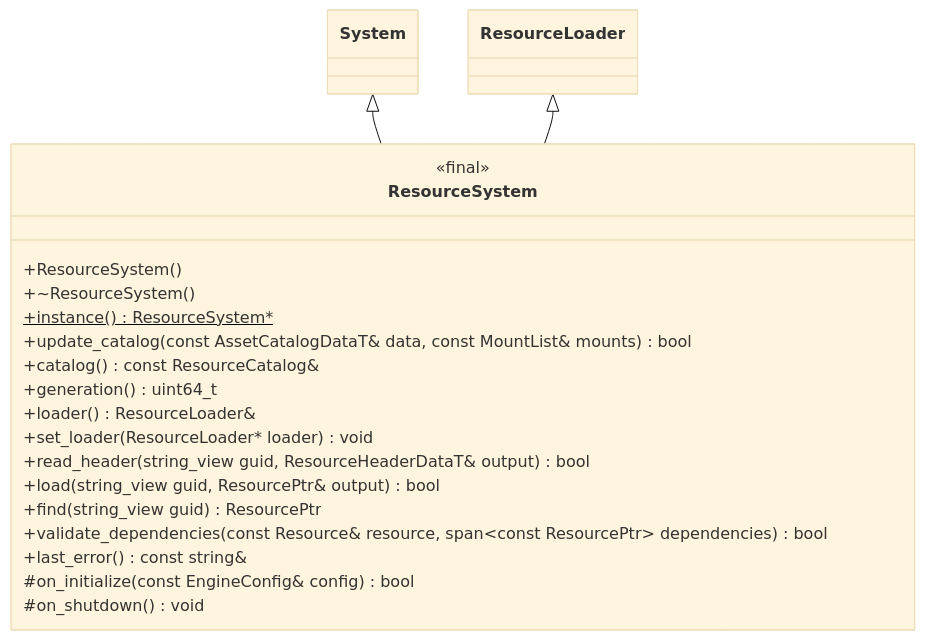
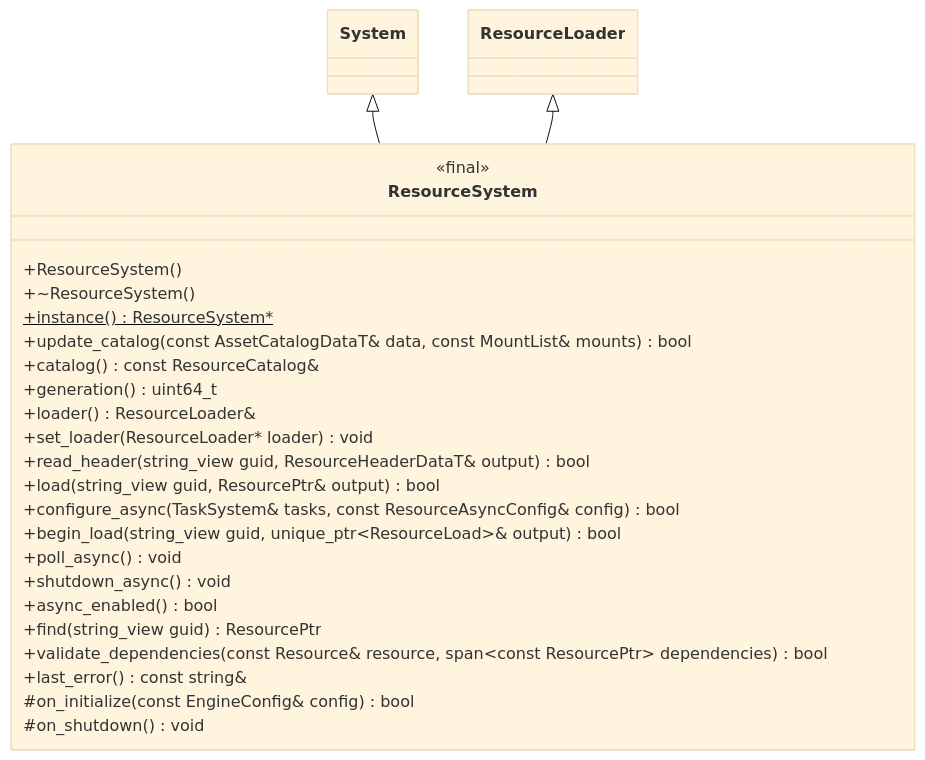
Before and after one commit to lcals/Engine: the first of 8 diagrams in docs/runtime/class-diagrams/resource-system.md, drawn with Mermaid (base theme). The commit also changed other lines of this file and 135 other files, not shown here.

````diff
--- a/docs/runtime/class-diagrams/resource-system.md
+++ b/docs/runtime/class-diagrams/resource-system.md
@@ -9,25 +9,30 @@
 ```mermaid
 classDiagram
     class ResourceSystem {
         <<final>>
         +ResourceSystem()
         +~ResourceSystem()
         +instance() ResourceSystem#42;$
         +update_catalog(const AssetCatalogDataT& data, const MountList& mounts) bool
         +catalog() const ResourceCatalog&
         +generation() uint64_t
         +loader() ResourceLoader&
         +set_loader(ResourceLoader#42; loader) void
         +read_header(string_view guid, ResourceHeaderDataT& output) bool
         +load(string_view guid, ResourcePtr& output) bool
+        +configure_async(TaskSystem& tasks, const ResourceAsyncConfig& config) bool
+        +begin_load(string_view guid, unique_ptr~ResourceLoad~& output) bool
+        +poll_async() void
+        +shutdown_async() void
+        +async_enabled() bool
         +find(string_view guid) ResourcePtr
         +validate_dependencies(const Resource& resource, span~const ResourcePtr~ dependencies) bool
         +last_error() const string&
         #on_initialize(const EngineConfig& config) bool
         #on_shutdown() void
     }
     class System
     class ResourceLoader
     System <|-- ResourceSystem
     ResourceLoader <|-- ResourceSystem
 ```
````
